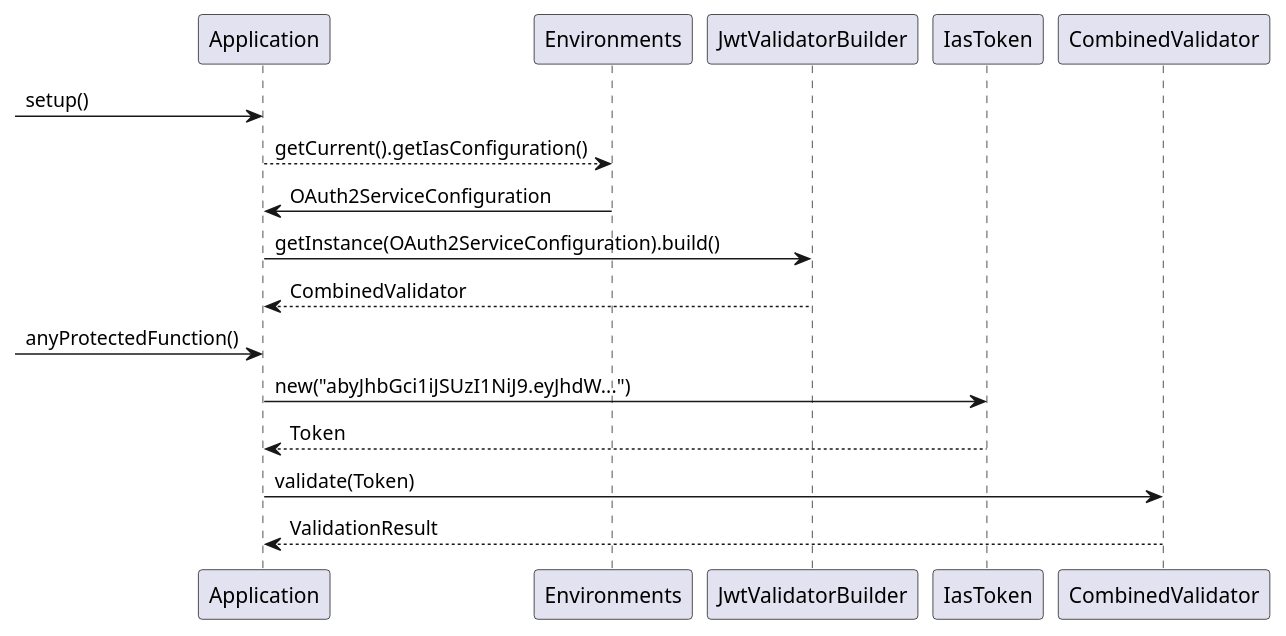
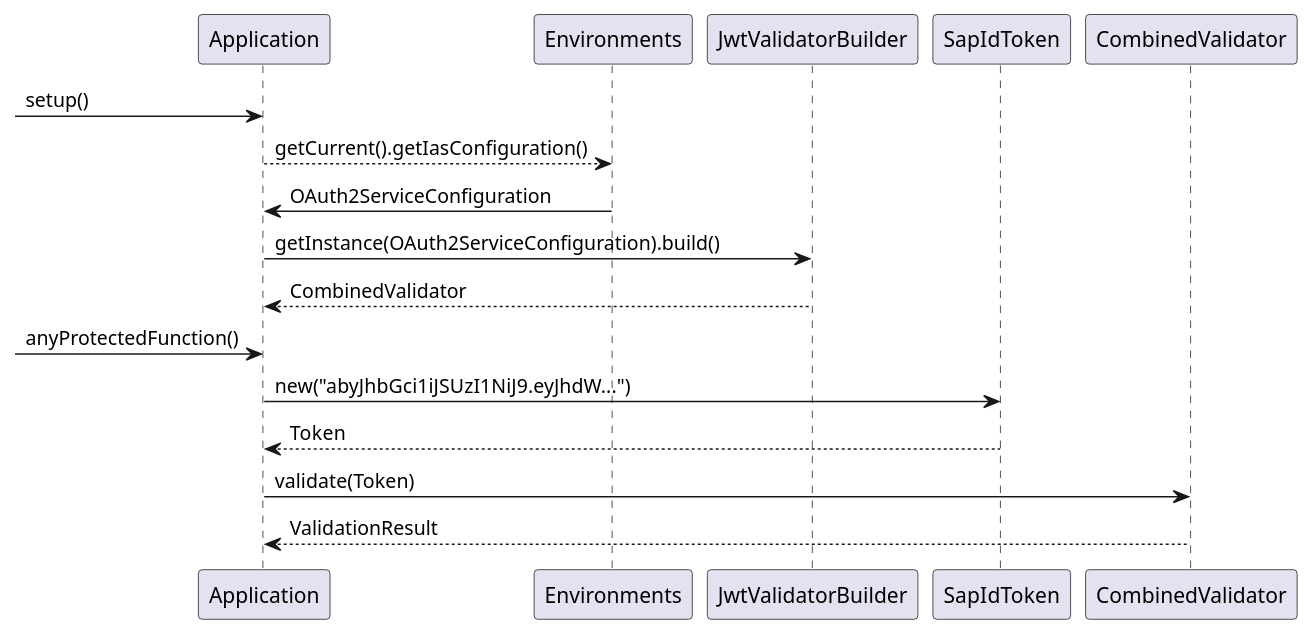
One commit to SAP/cloud-security-services-integration-library changed the diagram in java-security/images/iasApplication.puml. Above: the diagram before and after it, drawn with PlantUML. The commit also changed 1 other file, not shown here.

```diff
--- a/java-security/images/iasApplication.puml
+++ b/java-security/images/iasApplication.puml
@@ -1,18 +1,18 @@
 @startuml
 -> Application: setup()
 Application --> Environments: getCurrent().getIasConfiguration()
 
 Environments -> Application: OAuth2ServiceConfiguration
 
 Application -> JwtValidatorBuilder: getInstance(OAuth2ServiceConfiguration).build()
 JwtValidatorBuilder --> Application: CombinedValidator
 
 -> Application: anyProtectedFunction()
 
 
-Application -> IasToken: new("abyJhbGci1iJSUzI1NiJ9.eyJhdW...")
-IasToken --> Application: Token
+Application -> SapIdToken: new("abyJhbGci1iJSUzI1NiJ9.eyJhdW...")
+SapIdToken --> Application: Token
 
 Application -> CombinedValidator: validate(Token)
 CombinedValidator --> Application: ValidationResult
 @enduml
```
